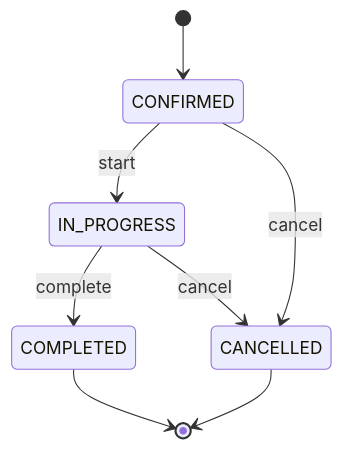
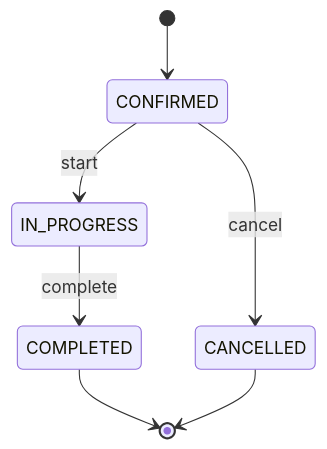
Before and after one commit to Prgm-code/portaltrip: the third of 3 diagrams in README.md, drawn with Mermaid. The commit also changed other lines of this file and 77 other files, not shown here.

````diff
--- a/README.md
+++ b/README.md
@@ -429,10 +504,9 @@
 ```mermaid
 stateDiagram-v2
     [*] --> CONFIRMED
     CONFIRMED --> IN_PROGRESS: start
     CONFIRMED --> CANCELLED: cancel
     IN_PROGRESS --> COMPLETED: complete
-    IN_PROGRESS --> CANCELLED: cancel
     COMPLETED --> [*]
     CANCELLED --> [*]
 ```
````
